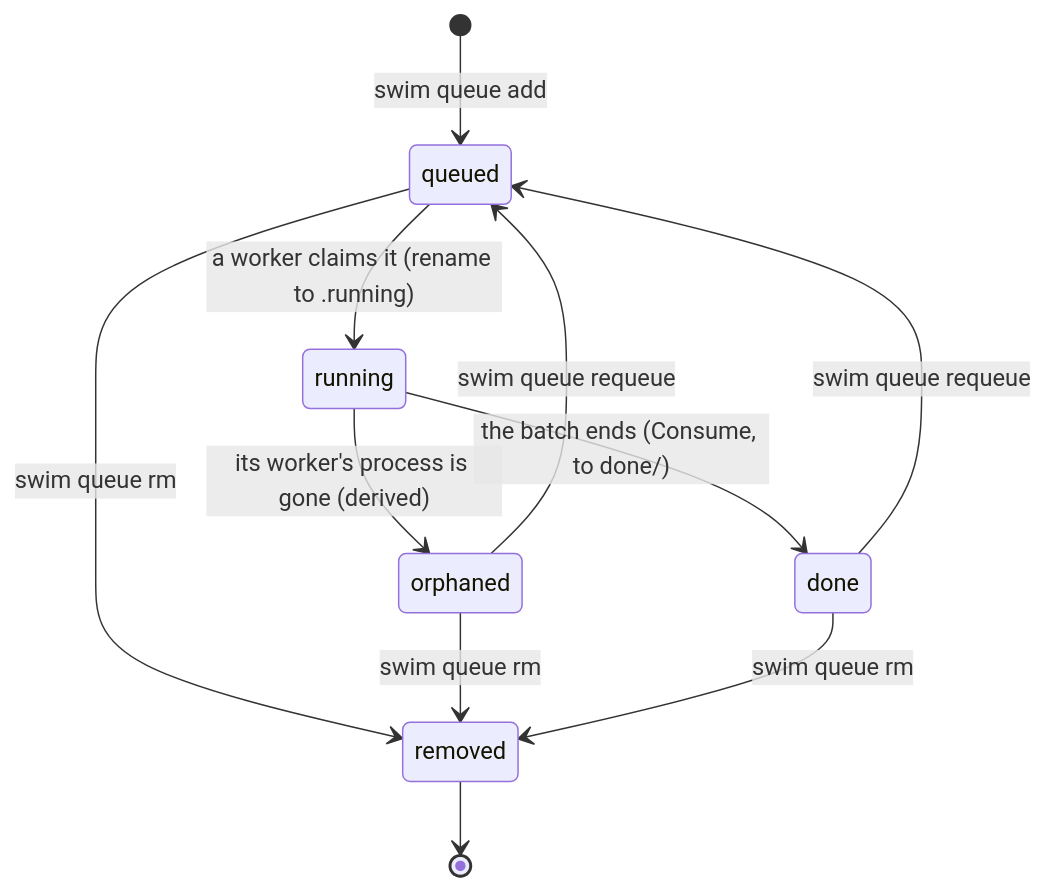
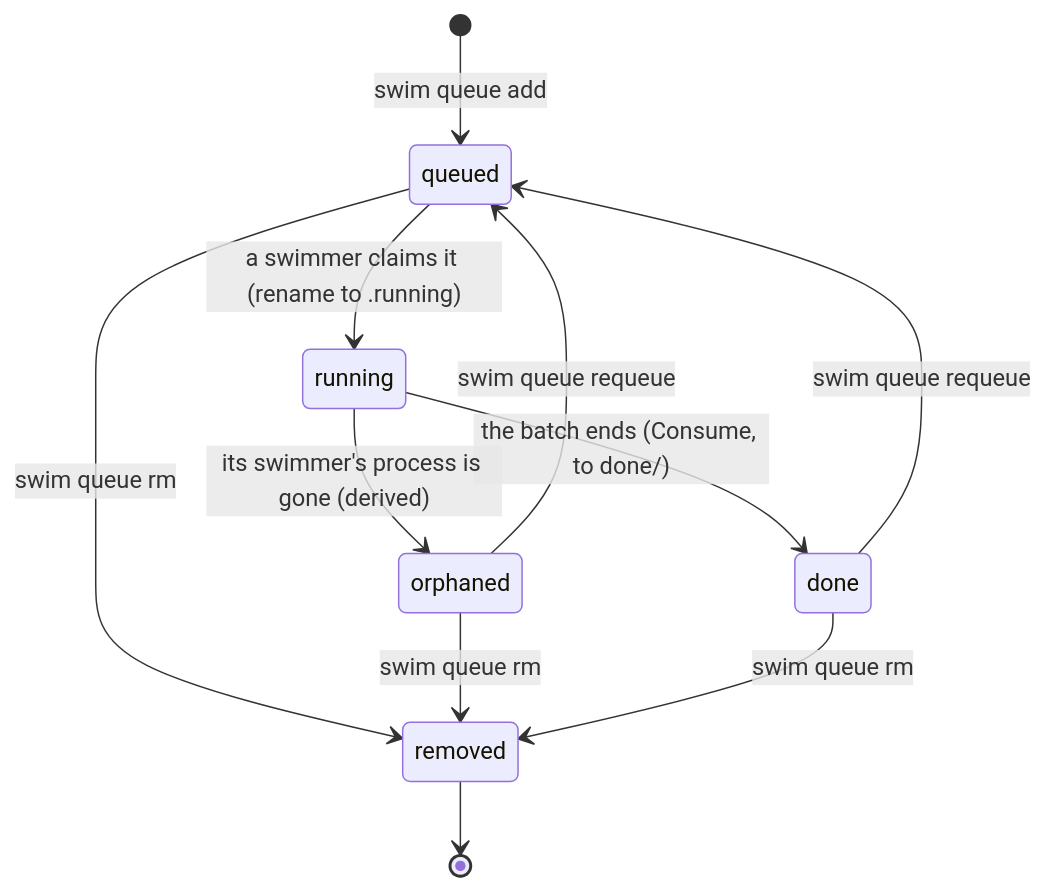
One commit to gates-brightly/swimlane changed the third of 5 diagrams in docs/state.md. Above: the diagram before and after it, drawn with Mermaid. The commit also changed other lines of this file and 19 other files, not shown here.

First line of the commit message:
Task names in After:/Finally:; say swimmer for the process in the docs

````diff
--- a/docs/state.md
+++ b/docs/state.md
@@ -161,13 +161,13 @@
 ```mermaid
 stateDiagram-v2
   [*] --> queued: swim queue add
-  queued --> running: a worker claims it (rename to .running)
+  queued --> running: a swimmer claims it (rename to .running)
   running --> done: the batch ends (Consume, to done/)
-  running --> orphaned: its worker's process is gone (derived)
+  running --> orphaned: its swimmer's process is gone (derived)
   orphaned --> queued: swim queue requeue
   done --> queued: swim queue requeue
   queued --> removed: swim queue rm
   orphaned --> removed: swim queue rm
   done --> removed: swim queue rm
   removed --> [*]
 ```
````
